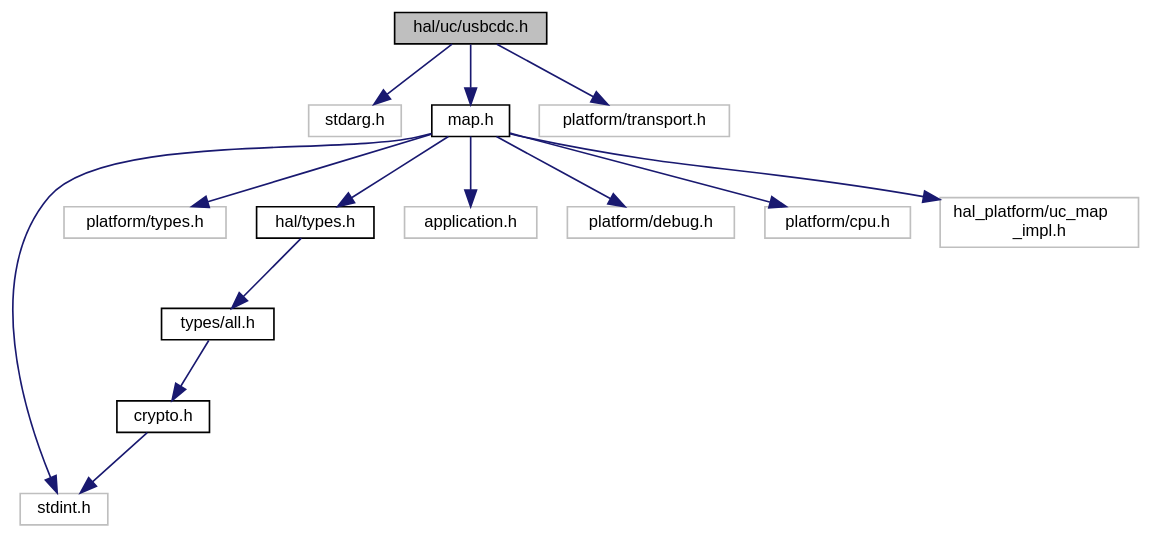
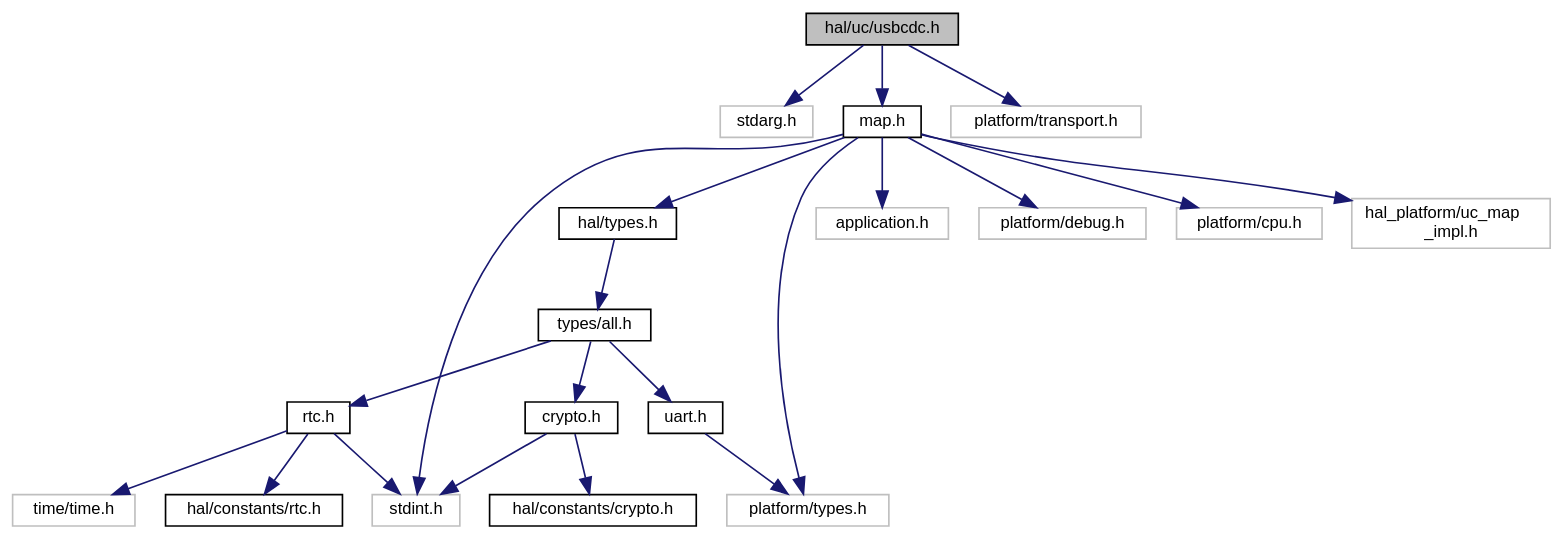
The diagram in usbcdc_8h__incl.dot (ebs-universe/piolib-hal-uc), drawn with Graphviz before and after one commit. The commit also changed 152 other files, not shown here.

```diff
--- a/usbcdc_8h__incl.dot
+++ b/usbcdc_8h__incl.dot
@@ -1,34 +1,46 @@
 digraph "hal/uc/usbcdc.h"
 {
  // INTERACTIVE_SVG=YES
  // LATEX_PDF_SIZE
   bgcolor="transparent";
   edge [fontname="Helvetica",fontsize="10",labelfontname="Helvetica",labelfontsize="10"];
   node [fontname="Helvetica",fontsize="10",shape=record];
   Node1 [label="hal/uc/usbcdc.h",height=0.2,width=0.4,color="black", fillcolor="grey75", style="filled", fontcolor="black",tooltip="HAL for USB CDC interface."];
   Node1 -> Node2 [color="midnightblue",fontsize="10",style="solid",fontname="Helvetica"];
   Node2 [label="stdarg.h",height=0.2,width=0.4,color="grey75",tooltip=" "];
   Node1 -> Node3 [color="midnightblue",fontsize="10",style="solid",fontname="Helvetica"];
   Node3 [label="map.h",height=0.2,width=0.4,color="black",URL="$map_8h.html",tooltip="HAL for uC Peripheral Map."];
   Node3 -> Node4 [color="midnightblue",fontsize="10",style="solid",fontname="Helvetica"];
   Node4 [label="stdint.h",height=0.2,width=0.4,color="grey75",tooltip=" "];
   Node3 -> Node5 [color="midnightblue",fontsize="10",style="solid",fontname="Helvetica"];
   Node5 [label="platform/types.h",height=0.2,width=0.4,color="grey75",tooltip=" "];
   Node3 -> Node6 [color="midnightblue",fontsize="10",style="solid",fontname="Helvetica"];
   Node6 [label="hal/types.h",height=0.2,width=0.4,color="black",URL="$types_8h_source.html",tooltip=" "];
   Node6 -> Node7 [color="midnightblue",fontsize="10",style="solid",fontname="Helvetica"];
   Node7 [label="types/all.h",height=0.2,width=0.4,color="black",URL="$types_2all_8h_source.html",tooltip=" "];
   Node7 -> Node8 [color="midnightblue",fontsize="10",style="solid",fontname="Helvetica"];
   Node8 [label="crypto.h",height=0.2,width=0.4,color="black",URL="$types_2crypto_8h_source.html",tooltip=" "];
   Node8 -> Node4 [color="midnightblue",fontsize="10",style="solid",fontname="Helvetica"];
-  Node3 -> Node9 [color="midnightblue",fontsize="10",style="solid",fontname="Helvetica"];
-  Node9 [label="application.h",height=0.2,width=0.4,color="grey75",tooltip=" "];
-  Node3 -> Node10 [color="midnightblue",fontsize="10",style="solid",fontname="Helvetica"];
-  Node10 [label="platform/debug.h",height=0.2,width=0.4,color="grey75",tooltip=" "];
-  Node3 -> Node11 [color="midnightblue",fontsize="10",style="solid",fontname="Helvetica"];
-  Node11 [label="platform/cpu.h",height=0.2,width=0.4,color="grey75",tooltip=" "];
-  Node3 -> Node12 [color="midnightblue",fontsize="10",style="solid",fontname="Helvetica"];
-  Node12 [label="hal_platform/uc_map\l_impl.h",height=0.2,width=0.4,color="grey75",tooltip=" "];
-  Node1 -> Node13 [color="midnightblue",fontsize="10",style="solid",fontname="Helvetica"];
-  Node13 [label="platform/transport.h",height=0.2,width=0.4,color="grey75",tooltip=" "];
+  Node8 -> Node9 [color="midnightblue",fontsize="10",style="solid",fontname="Helvetica"];
+  Node9 [label="hal/constants/crypto.h",height=0.2,width=0.4,color="black",URL="$constants_2crypto_8h_source.html",tooltip=" "];
+  Node7 -> Node10 [color="midnightblue",fontsize="10",style="solid",fontname="Helvetica"];
+  Node10 [label="rtc.h",height=0.2,width=0.4,color="black",URL="$types_2rtc_8h_source.html",tooltip=" "];
+  Node10 -> Node4 [color="midnightblue",fontsize="10",style="solid",fontname="Helvetica"];
+  Node10 -> Node11 [color="midnightblue",fontsize="10",style="solid",fontname="Helvetica"];
+  Node11 [label="hal/constants/rtc.h",height=0.2,width=0.4,color="black",URL="$constants_2rtc_8h_source.html",tooltip=" "];
+  Node10 -> Node12 [color="midnightblue",fontsize="10",style="solid",fontname="Helvetica"];
+  Node12 [label="time/time.h",height=0.2,width=0.4,color="grey75",tooltip=" "];
+  Node7 -> Node13 [color="midnightblue",fontsize="10",style="solid",fontname="Helvetica"];
+  Node13 [label="uart.h",height=0.2,width=0.4,color="black",URL="$types_2uart_8h_source.html",tooltip=" "];
+  Node13 -> Node5 [color="midnightblue",fontsize="10",style="solid",fontname="Helvetica"];
+  Node3 -> Node14 [color="midnightblue",fontsize="10",style="solid",fontname="Helvetica"];
+  Node14 [label="application.h",height=0.2,width=0.4,color="grey75",tooltip=" "];
+  Node3 -> Node15 [color="midnightblue",fontsize="10",style="solid",fontname="Helvetica"];
+  Node15 [label="platform/debug.h",height=0.2,width=0.4,color="grey75",tooltip=" "];
+  Node3 -> Node16 [color="midnightblue",fontsize="10",style="solid",fontname="Helvetica"];
+  Node16 [label="platform/cpu.h",height=0.2,width=0.4,color="grey75",tooltip=" "];
+  Node3 -> Node17 [color="midnightblue",fontsize="10",style="solid",fontname="Helvetica"];
+  Node17 [label="hal_platform/uc_map\l_impl.h",height=0.2,width=0.4,color="grey75",tooltip=" "];
+  Node1 -> Node18 [color="midnightblue",fontsize="10",style="solid",fontname="Helvetica"];
+  Node18 [label="platform/transport.h",height=0.2,width=0.4,color="grey75",tooltip=" "];
 }
```
